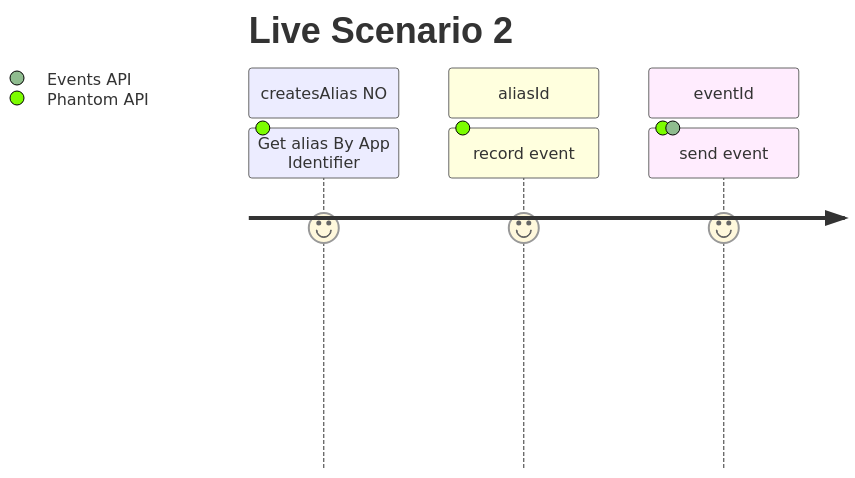
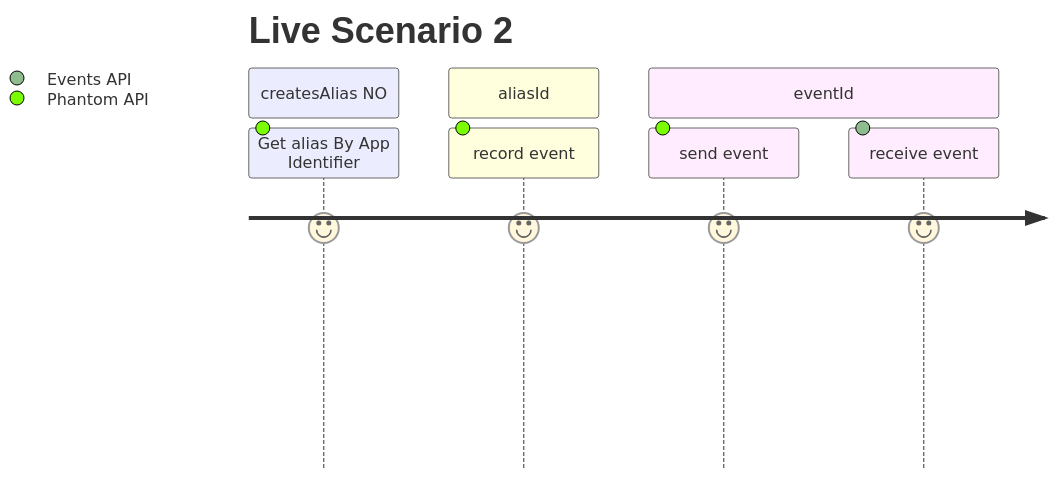
One commit to progressive-identity/alias-sdk changed the third of 5 diagrams in README.md. Above: the diagram before and after it, drawn with Mermaid. The commit also changed other lines of this file and 1 other file, not shown here.

Commit message:
docs: update graph

````diff
--- a/README.md
+++ b/README.md
@@ -45,10 +41,12 @@
 ```mermaid
   journey
     title Live Scenario 2
     section createsAlias NO
       Get alias By App Identifier: 8: Phantom API
     section aliasId
       record event: 8: Phantom API
     section eventId
-      send event: 8: Phantom API, Events API
+      send event: 8: Phantom API
+    section eventId
+      receive event: 8: Events API
 ```
````
